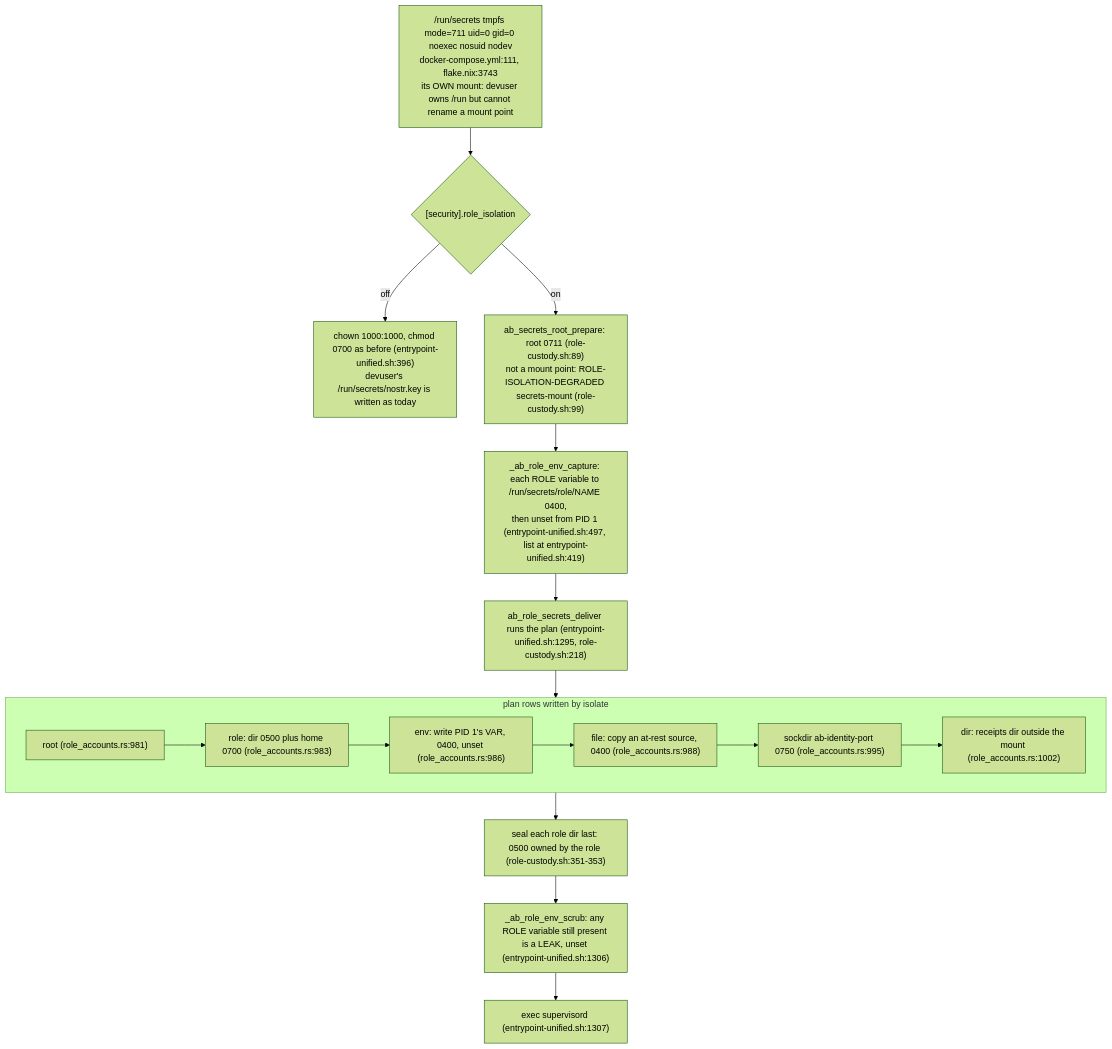
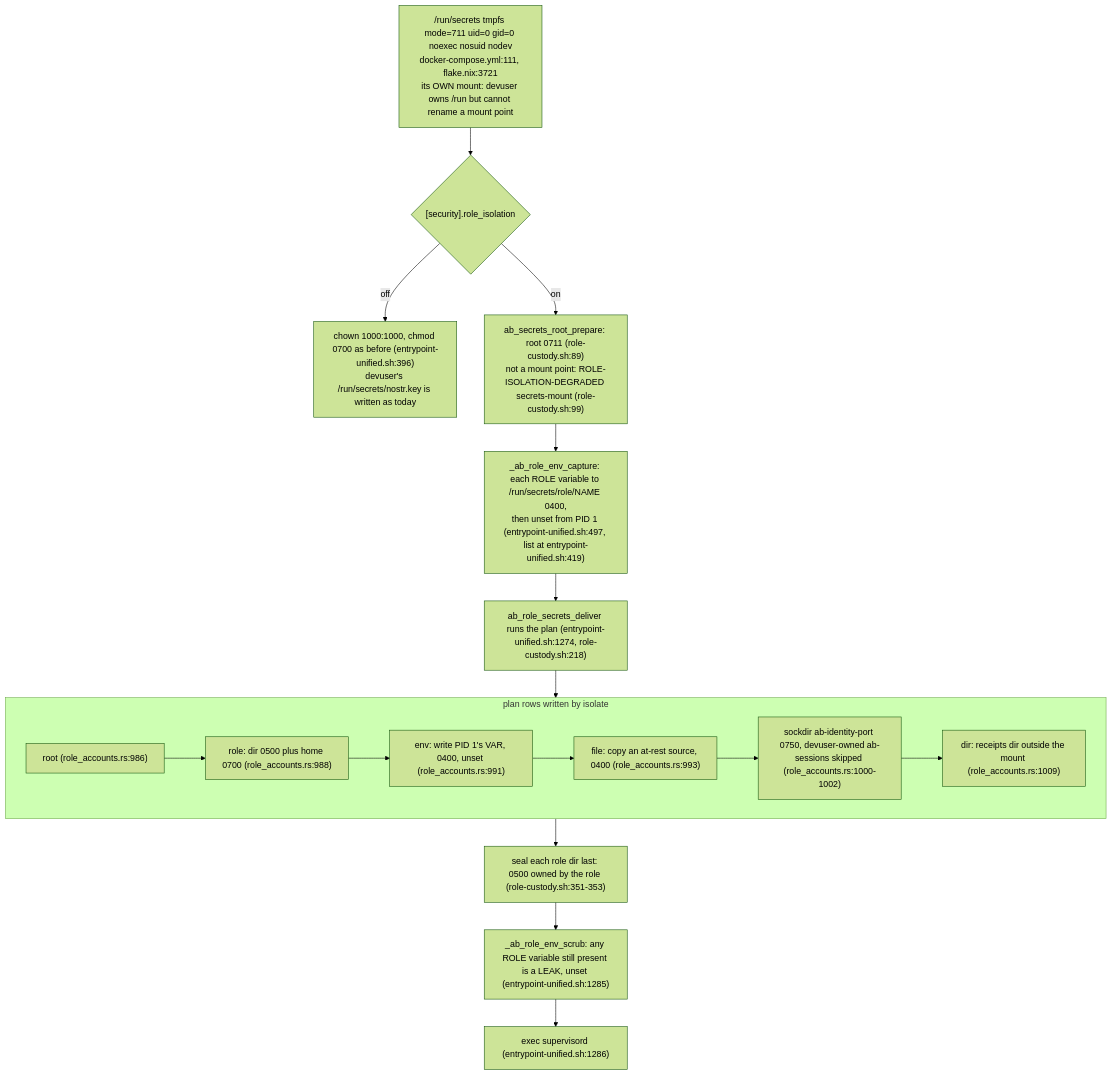
Before and after one commit to DreamLab-AI/VisionFlow: the third of 7 diagrams in docs/diagrams/agentbox/36-role-isolation-and-identity-port.md, drawn with Mermaid (forest theme). The commit also changed other lines of this file and 145 other files, not shown here.

````diff
--- a/docs/diagrams/agentbox/36-role-isolation-and-identity-port.md
+++ b/docs/diagrams/agentbox/36-role-isolation-and-identity-port.md
@@ -120,22 +121,22 @@
 ```mermaid
 flowchart TB
-    MNT["/run/secrets tmpfs mode=711 uid=0 gid=0 noexec nosuid nodev<br/>docker-compose.yml:111, flake.nix:3743<br/>its OWN mount: devuser owns /run but cannot rename a mount point"]
+    MNT["/run/secrets tmpfs mode=711 uid=0 gid=0 noexec nosuid nodev<br/>docker-compose.yml:111, flake.nix:3721<br/>its OWN mount: devuser owns /run but cannot rename a mount point"]
     MNT --> MODE{"[security].role_isolation"}
     MODE -->|"off"| OFF["chown 1000:1000, chmod 0700 as before (entrypoint-unified.sh:396)<br/>devuser's /run/secrets/nostr.key is written as today"]
     MODE -->|"on"| PREP["ab_secrets_root_prepare: root 0711 (role-custody.sh:89)<br/>not a mount point: ROLE-ISOLATION-DEGRADED secrets-mount (role-custody.sh:99)"]
     PREP --> CAP["_ab_role_env_capture: each ROLE variable to /run/secrets/role/NAME 0400,<br/>then unset from PID 1 (entrypoint-unified.sh:497, list at entrypoint-unified.sh:419)"]
-    CAP --> DEL["ab_role_secrets_deliver runs the plan (entrypoint-unified.sh:1295, role-custody.sh:218)"]
+    CAP --> DEL["ab_role_secrets_deliver runs the plan (entrypoint-unified.sh:1274, role-custody.sh:218)"]
     subgraph PLAN["plan rows written by isolate"]
-        P1["root (role_accounts.rs:981)"]
-        P2["role: dir 0500 plus home 0700 (role_accounts.rs:983)"]
-        P3["env: write PID 1's VAR, 0400, unset (role_accounts.rs:986)"]
-        P4["file: copy an at-rest source, 0400 (role_accounts.rs:988)"]
-        P5["sockdir ab-identity-port 0750 (role_accounts.rs:995)"]
-        P6["dir: receipts dir outside the mount (role_accounts.rs:1002)"]
+        P1["root (role_accounts.rs:986)"]
+        P2["role: dir 0500 plus home 0700 (role_accounts.rs:988)"]
+        P3["env: write PID 1's VAR, 0400, unset (role_accounts.rs:991)"]
+        P4["file: copy an at-rest source, 0400 (role_accounts.rs:993)"]
+        P5["sockdir ab-identity-port 0750, devuser-owned ab-sessions skipped (role_accounts.rs:1000-1002)"]
+        P6["dir: receipts dir outside the mount (role_accounts.rs:1009)"]
         P1 --> P2 --> P3 --> P4 --> P5 --> P6
     end
     DEL --> PLAN
     PLAN --> SEAL["seal each role dir last: 0500 owned by the role (role-custody.sh:351-353)"]
-    SEAL --> SCRUB["_ab_role_env_scrub: any ROLE variable still present is a LEAK, unset (entrypoint-unified.sh:1306)"]
-    SCRUB --> X["exec supervisord (entrypoint-unified.sh:1307)"]
+    SEAL --> SCRUB["_ab_role_env_scrub: any ROLE variable still present is a LEAK, unset (entrypoint-unified.sh:1285)"]
+    SCRUB --> X["exec supervisord (entrypoint-unified.sh:1286)"]
 ```
````
